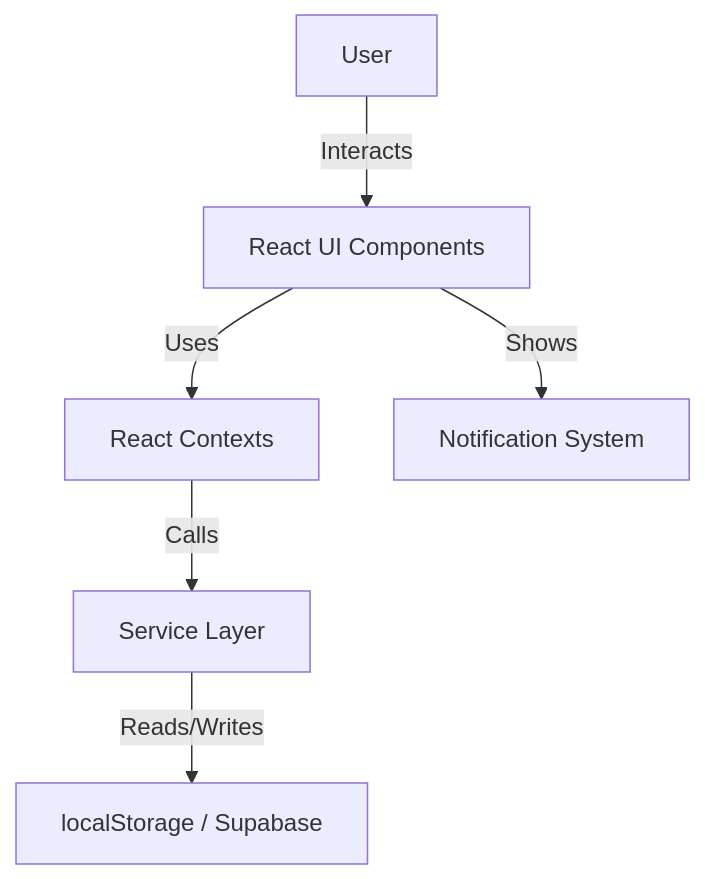
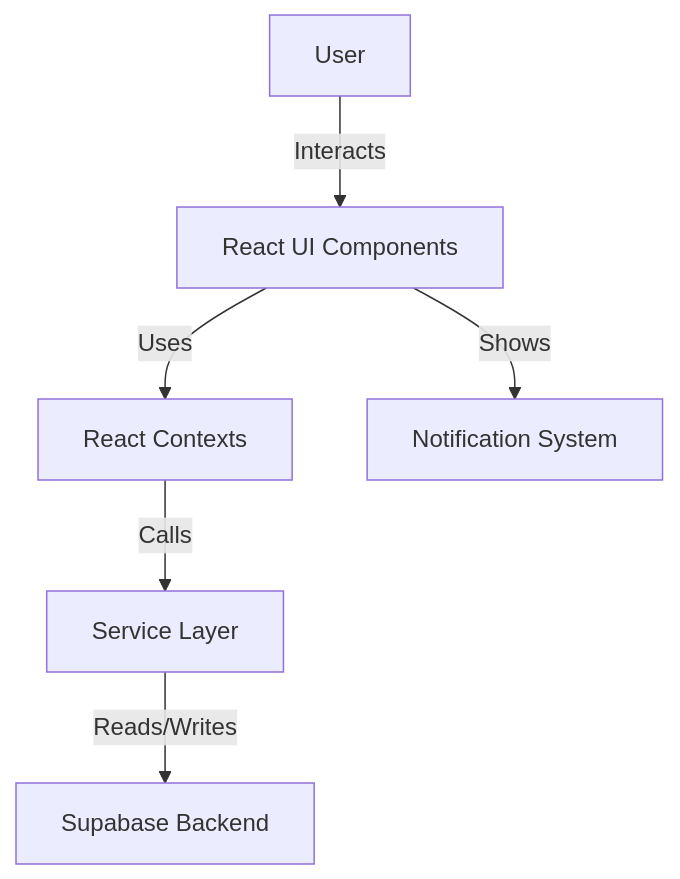
One commit to Wence024/ClassFlow changed the diagram in docs/architecture.md. Above: the diagram before and after it, drawn with Mermaid. The commit also changed other lines of this file and 2 other files, not shown here.

First line of the commit message:
docs(architecture): :memo: update architecture to reflect React Query migration and Supabase backend

````diff
--- a/docs/architecture.md
+++ b/docs/architecture.md
@@ -13,8 +13,8 @@
 ```mermaid
 graph TD;
   User["User"] -->|Interacts| UI["React UI Components"]
   UI -->|Uses| Contexts["React Contexts"]
   Contexts -->|Calls| Services["Service Layer"]
-  Services -->|Reads/Writes| Storage["localStorage / Supabase"]
+  Services -->|Reads/Writes| Storage["Supabase Backend"]
   UI -->|Shows| Notification["Notification System"]
 ```
````
